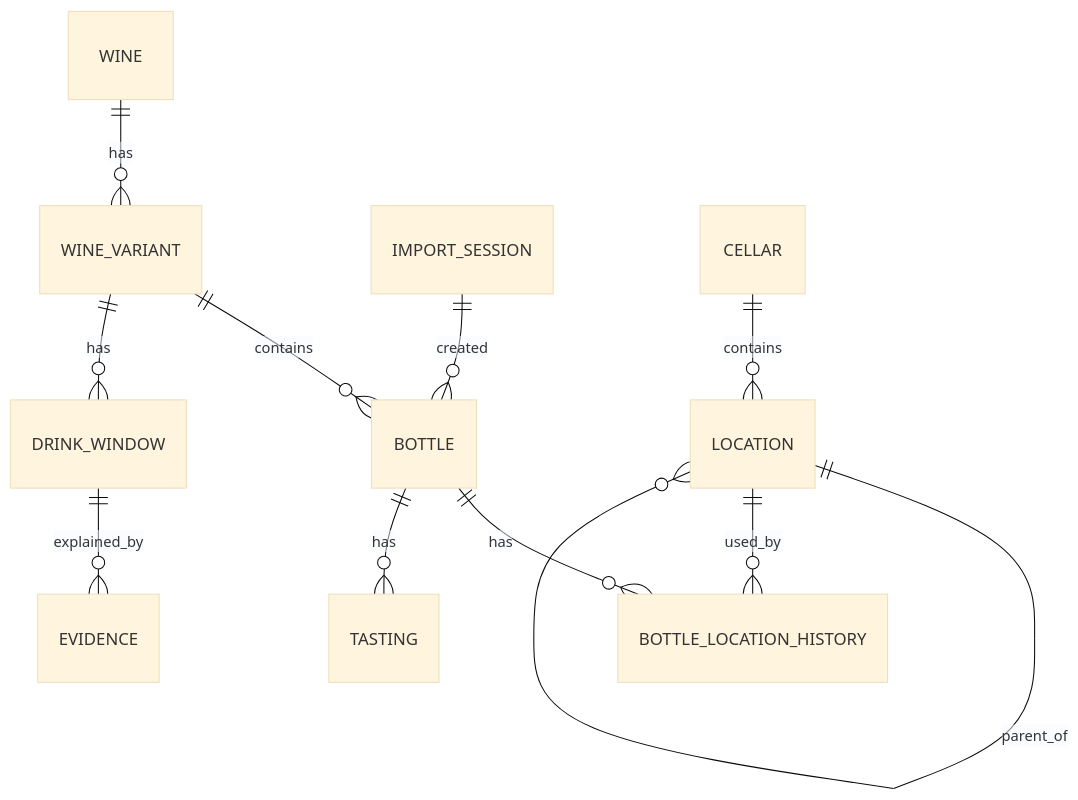
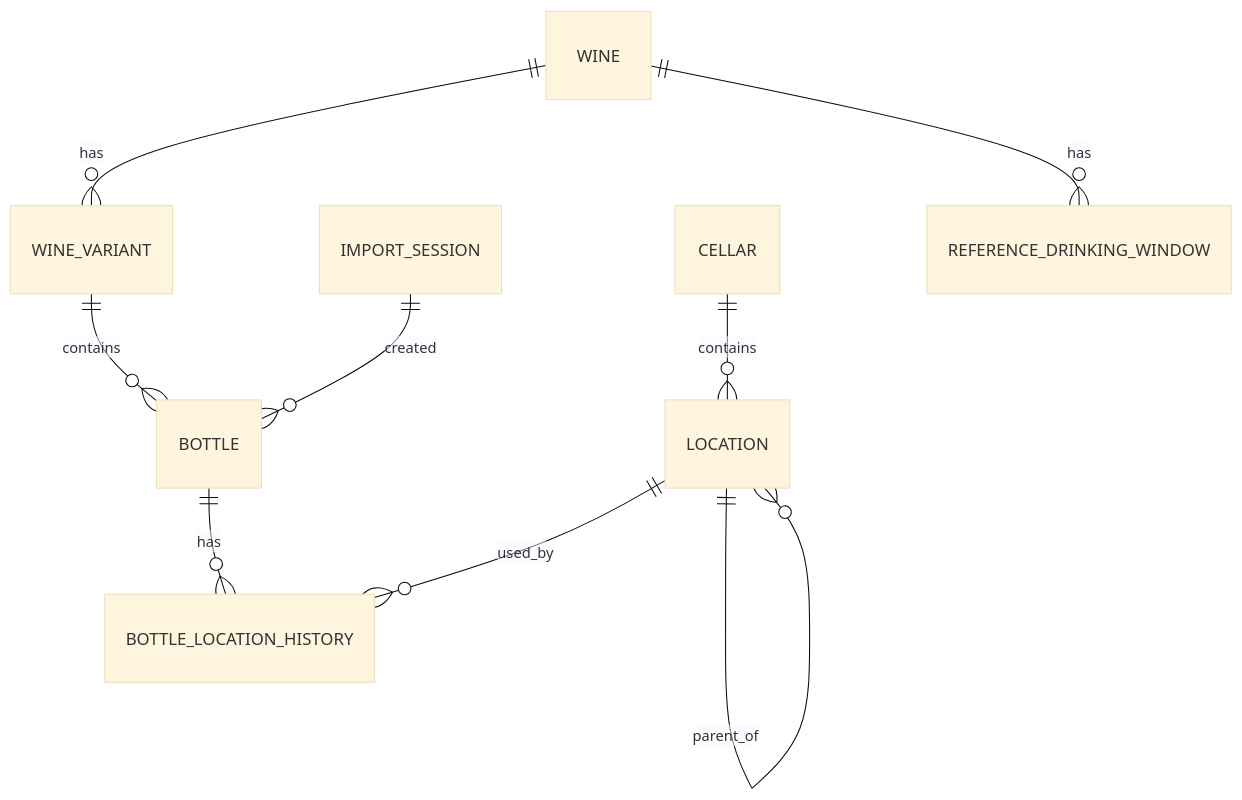
One commit to alexv3429/cellarmind changed the diagram in docs/database-model.md. Above: the diagram before and after it, drawn with Mermaid (base theme). The commit also changed other lines of this file and 5 other files, not shown here.

````diff
--- a/docs/database-model.md
+++ b/docs/database-model.md
@@ -44,13 +23,11 @@
 ```mermaid
 erDiagram
     WINE ||--o{ WINE_VARIANT : has
     WINE_VARIANT ||--o{ BOTTLE : contains
     IMPORT_SESSION ||--o{ BOTTLE : created
     CELLAR ||--o{ LOCATION : contains
     LOCATION ||--o{ LOCATION : parent_of
     BOTTLE ||--o{ BOTTLE_LOCATION_HISTORY : has
     LOCATION ||--o{ BOTTLE_LOCATION_HISTORY : used_by
-    WINE_VARIANT ||--o{ DRINK_WINDOW : has
-    DRINK_WINDOW ||--o{ EVIDENCE : explained_by
-    BOTTLE ||--o{ TASTING : has
+    WINE ||--o{ REFERENCE_DRINKING_WINDOW : has
 ```
````
